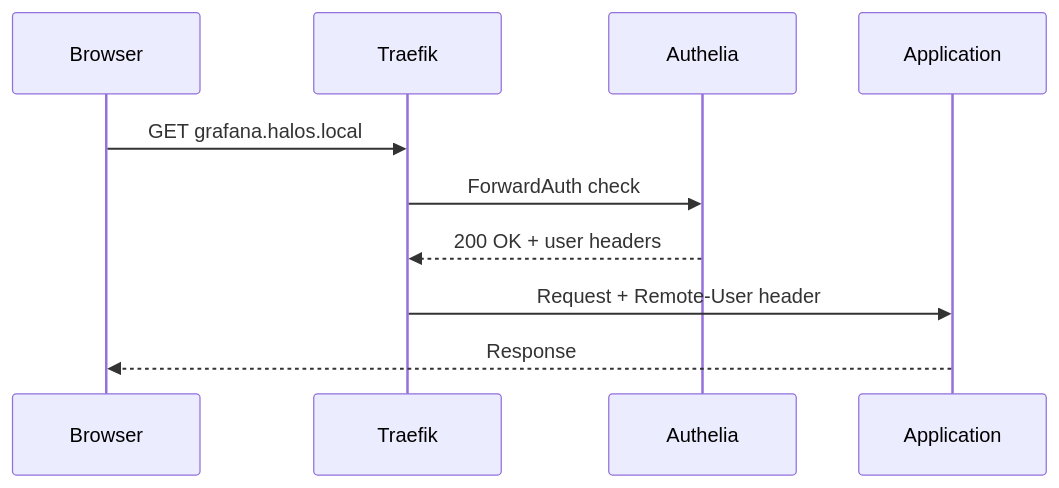
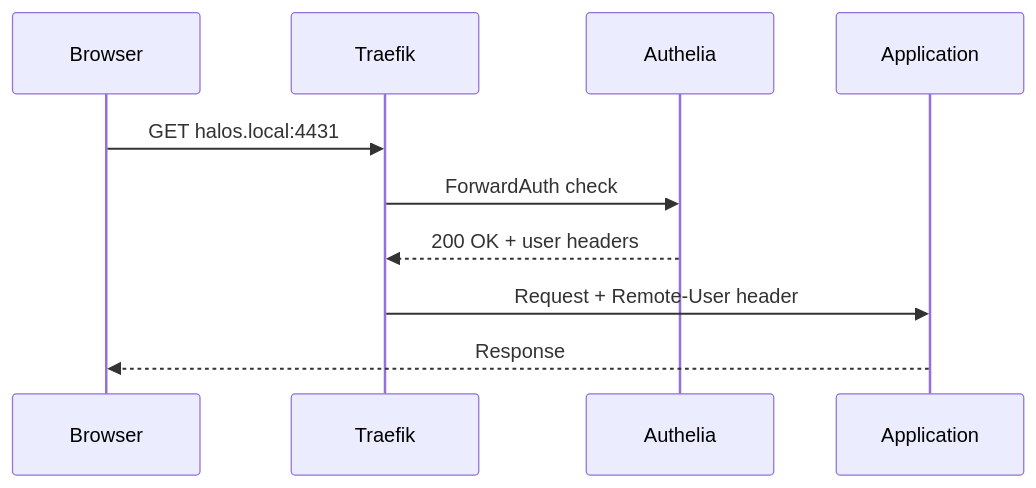
Before and after one commit to halos-org/docs: the first of 2 diagrams in docs/architecture/sso.md, drawn with Mermaid. The commit also changed other lines of this file and 2 other files, not shown here.

First line of the commit message:
docs(architecture): update for port-based routing

````diff
--- a/docs/architecture/sso.md
+++ b/docs/architecture/sso.md
@@ -23,13 +23,13 @@
 ```mermaid
 sequenceDiagram
     participant B as Browser
     participant T as Traefik
     participant A as Authelia
     participant App as Application
 
-    B->>T: GET grafana.halos.local
+    B->>T: GET halos.local:4431
     T->>A: ForwardAuth check
     A-->>T: 200 OK + user headers
     T->>App: Request + Remote-User header
     App-->>B: Response
 ```
````
